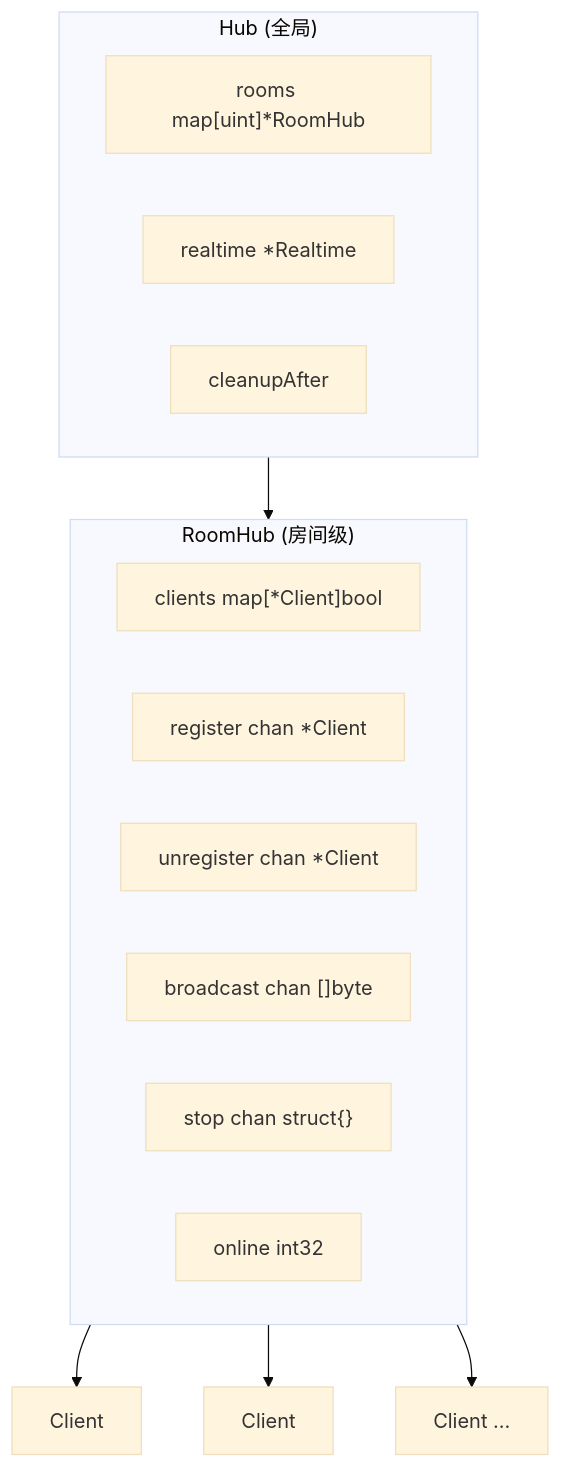
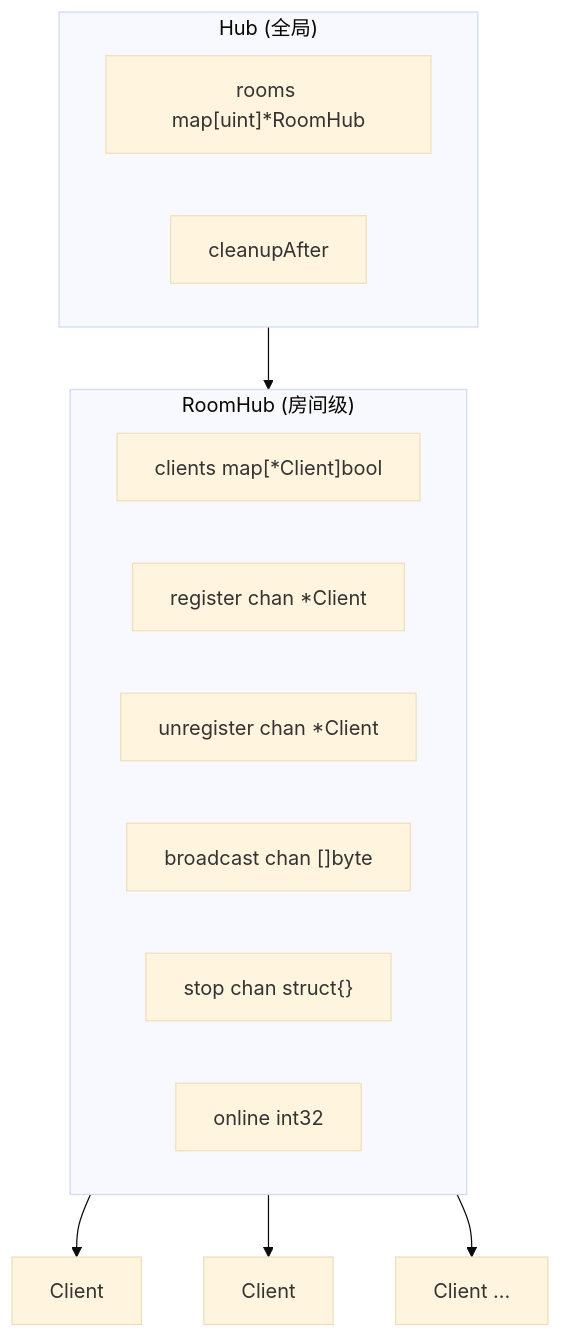
Before and after one commit to build-workbench/chatroom: the second of 2 diagrams in docs/architecture/system.md, drawn with Mermaid (base theme). The commit also changed other lines of this file and 25 other files, not shown here.

````diff
--- a/docs/architecture/system.md
+++ b/docs/architecture/system.md
@@ -203,22 +193,21 @@
 ```mermaid
 flowchart TB
     subgraph Hub["Hub (全局)"]
         rooms["rooms map[uint]*RoomHub"]
-        realtime["realtime *Realtime"]
         cleanup["cleanupAfter"]
     end
-    
+
     subgraph RoomHub["RoomHub (房间级)"]
         clients["clients map[*Client]bool"]
         register["register chan *Client"]
         unregister["unregister chan *Client"]
         broadcast["broadcast chan []byte"]
         stop["stop chan struct{}"]
         online["online int32"]
     end
-    
+
     Hub --> RoomHub
     RoomHub --> Client1["Client"]
     RoomHub --> Client2["Client"]
     RoomHub --> ClientN["Client ..."]
 ```
````
